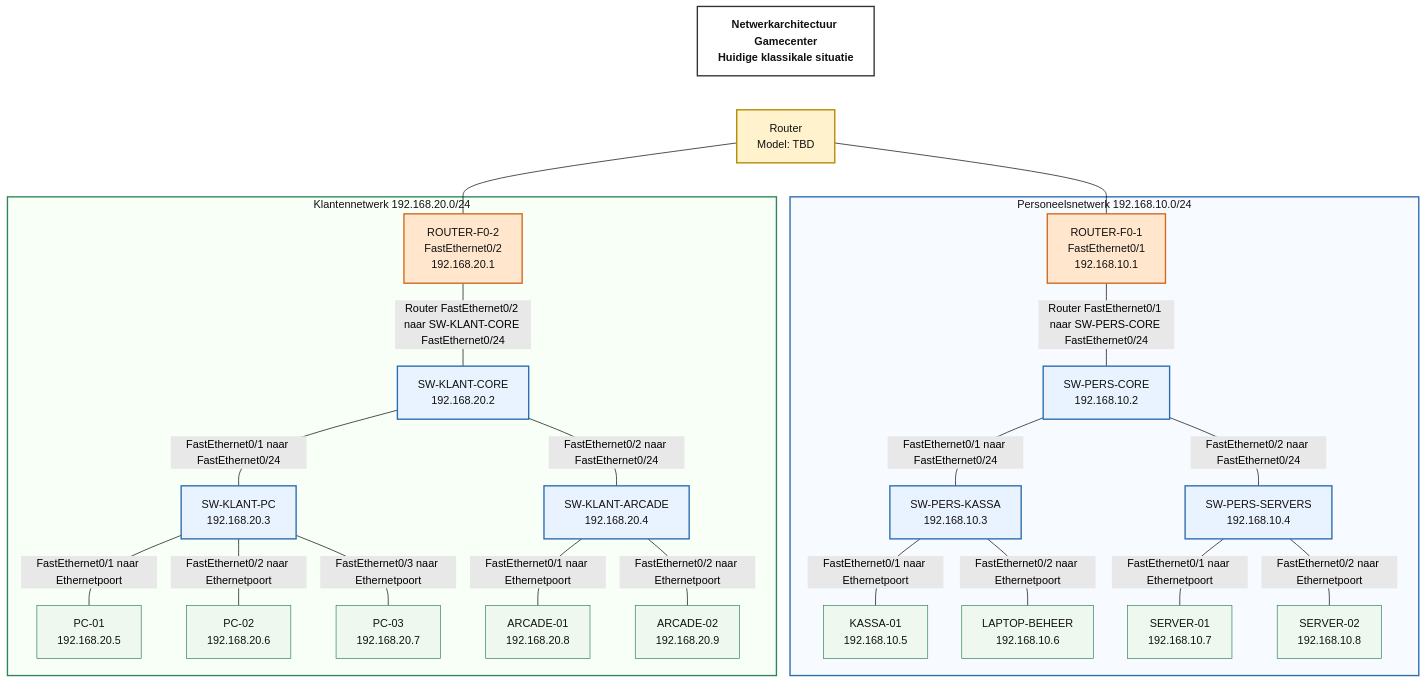
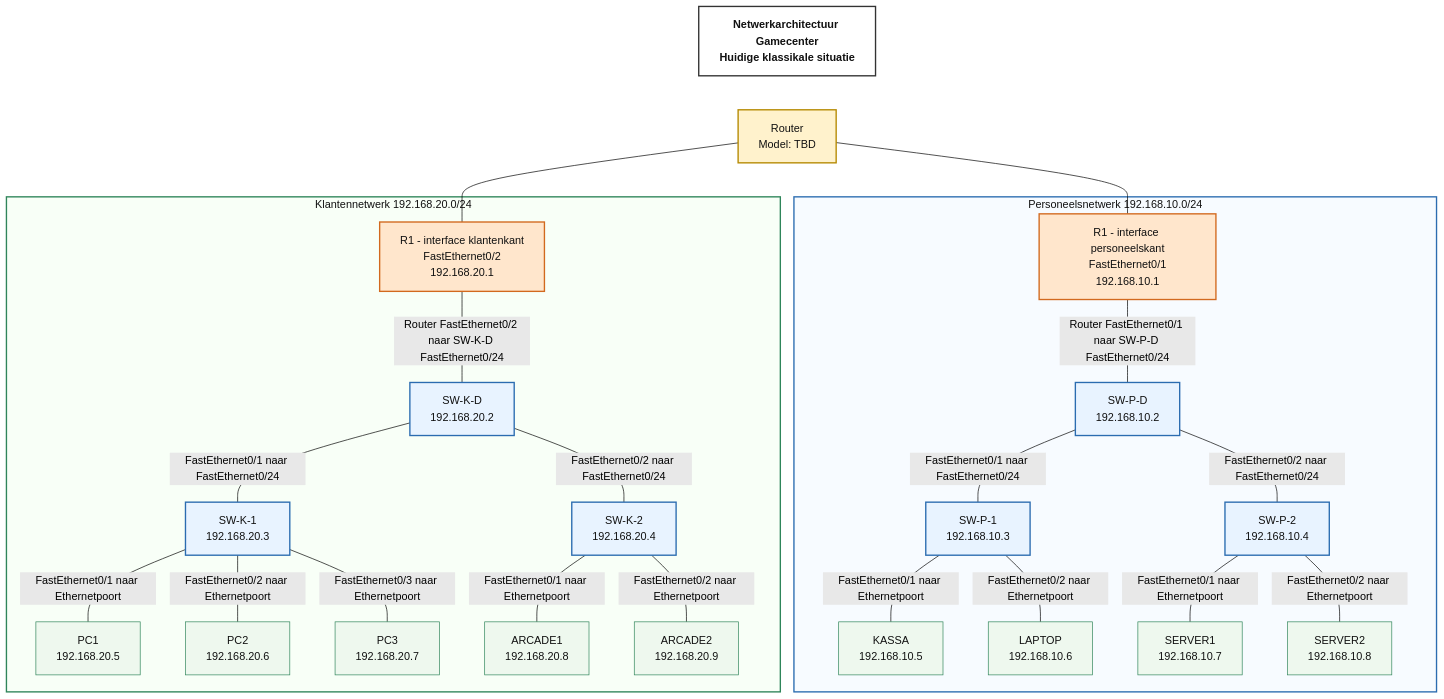
The diagram in docs/assets/gamecenter-netwerkarchitectuur.mmd (tobypelfrene1993/it1-gaming-lab), drawn with Mermaid (forest theme) before and after one commit. The commit also changed 2 other files, not shown here.

```diff
--- a/docs/assets/gamecenter-netwerkarchitectuur.mmd
+++ b/docs/assets/gamecenter-netwerkarchitectuur.mmd
@@ -1,53 +1,53 @@
 flowchart TB
     TITLE["Netwerkarchitectuur Gamecenter<br/>Huidige klassikale situatie"]:::diagramTitle
     R["Router<br/>Model: TBD"]:::router
 
     subgraph PERS["Personeelsnetwerk 192.168.10.0/24"]
-        R_F01["ROUTER-F0-1<br/>FastEthernet0/1<br/>192.168.10.1"]:::routerInterface
-        P_CORE["SW-PERS-CORE<br/>192.168.10.2"]:::switchNode
-        P_KASSA["SW-PERS-KASSA<br/>192.168.10.3"]:::switchNode
-        P_SERVERS["SW-PERS-SERVERS<br/>192.168.10.4"]:::switchNode
-        KASSA["KASSA-01<br/>192.168.10.5"]:::endpoint
-        LAPTOP["LAPTOP-BEHEER<br/>192.168.10.6"]:::endpoint
-        SERVER1["SERVER-01<br/>192.168.10.7"]:::endpoint
-        SERVER2["SERVER-02<br/>192.168.10.8"]:::endpoint
+        R_F01["R1 - interface personeelskant<br/>FastEthernet0/1<br/>192.168.10.1"]:::routerInterface
+        P_CORE["SW-P-D<br/>192.168.10.2"]:::switchNode
+        P_KASSA["SW-P-1<br/>192.168.10.3"]:::switchNode
+        P_SERVERS["SW-P-2<br/>192.168.10.4"]:::switchNode
+        KASSA["KASSA<br/>192.168.10.5"]:::endpoint
+        LAPTOP["LAPTOP<br/>192.168.10.6"]:::endpoint
+        SERVER1["SERVER1<br/>192.168.10.7"]:::endpoint
+        SERVER2["SERVER2<br/>192.168.10.8"]:::endpoint
     end
 
     subgraph KLANT["Klantennetwerk 192.168.20.0/24"]
-        R_F02["ROUTER-F0-2<br/>FastEthernet0/2<br/>192.168.20.1"]:::routerInterface
-        K_CORE["SW-KLANT-CORE<br/>192.168.20.2"]:::switchNode
-        K_PC["SW-KLANT-PC<br/>192.168.20.3"]:::switchNode
-        K_ARCADE["SW-KLANT-ARCADE<br/>192.168.20.4"]:::switchNode
-        PC1["PC-01<br/>192.168.20.5"]:::endpoint
-        PC2["PC-02<br/>192.168.20.6"]:::endpoint
-        PC3["PC-03<br/>192.168.20.7"]:::endpoint
-        ARCADE1["ARCADE-01<br/>192.168.20.8"]:::endpoint
-        ARCADE2["ARCADE-02<br/>192.168.20.9"]:::endpoint
+        R_F02["R1 - interface klantenkant<br/>FastEthernet0/2<br/>192.168.20.1"]:::routerInterface
+        K_CORE["SW-K-D<br/>192.168.20.2"]:::switchNode
+        K_PC["SW-K-1<br/>192.168.20.3"]:::switchNode
+        K_ARCADE["SW-K-2<br/>192.168.20.4"]:::switchNode
+        PC1["PC1<br/>192.168.20.5"]:::endpoint
+        PC2["PC2<br/>192.168.20.6"]:::endpoint
+        PC3["PC3<br/>192.168.20.7"]:::endpoint
+        ARCADE1["ARCADE1<br/>192.168.20.8"]:::endpoint
+        ARCADE2["ARCADE2<br/>192.168.20.9"]:::endpoint
     end
 
     TITLE ~~~ R
     R --- R_F01
     R --- R_F02
-    R_F01 ---|"Router FastEthernet0/1 naar SW-PERS-CORE FastEthernet0/24"| P_CORE
+    R_F01 ---|"Router FastEthernet0/1 naar SW-P-D FastEthernet0/24"| P_CORE
     P_CORE ---|"FastEthernet0/1 naar FastEthernet0/24"| P_KASSA
     P_CORE ---|"FastEthernet0/2 naar FastEthernet0/24"| P_SERVERS
     P_KASSA ---|"FastEthernet0/1 naar Ethernetpoort"| KASSA
     P_KASSA ---|"FastEthernet0/2 naar Ethernetpoort"| LAPTOP
     P_SERVERS ---|"FastEthernet0/1 naar Ethernetpoort"| SERVER1
     P_SERVERS ---|"FastEthernet0/2 naar Ethernetpoort"| SERVER2
-    R_F02 ---|"Router FastEthernet0/2 naar SW-KLANT-CORE FastEthernet0/24"| K_CORE
+    R_F02 ---|"Router FastEthernet0/2 naar SW-K-D FastEthernet0/24"| K_CORE
     K_CORE ---|"FastEthernet0/1 naar FastEthernet0/24"| K_PC
     K_CORE ---|"FastEthernet0/2 naar FastEthernet0/24"| K_ARCADE
     K_PC ---|"FastEthernet0/1 naar Ethernetpoort"| PC1
     K_PC ---|"FastEthernet0/2 naar Ethernetpoort"| PC2
     K_PC ---|"FastEthernet0/3 naar Ethernetpoort"| PC3
     K_ARCADE ---|"FastEthernet0/1 naar Ethernetpoort"| ARCADE1
     K_ARCADE ---|"FastEthernet0/2 naar Ethernetpoort"| ARCADE2
 
     classDef diagramTitle fill:#ffffff,stroke:#333333,stroke-width:2px,color:#111111,font-weight:bold
     classDef router fill:#fff2cc,stroke:#b58900,stroke-width:2px,color:#111111
     classDef routerInterface fill:#ffe6cc,stroke:#d2691e,stroke-width:2px,color:#111111
     classDef switchNode fill:#e8f3ff,stroke:#2b6cb0,stroke-width:2px,color:#111111
     classDef endpoint fill:#eef8ee,stroke:#2f855a,stroke-width:1px,color:#111111
     style PERS fill:#f7fbff,stroke:#2b6cb0,stroke-width:2px,color:#111111
     style KLANT fill:#f8fff7,stroke:#2f855a,stroke-width:2px,color:#111111
```
